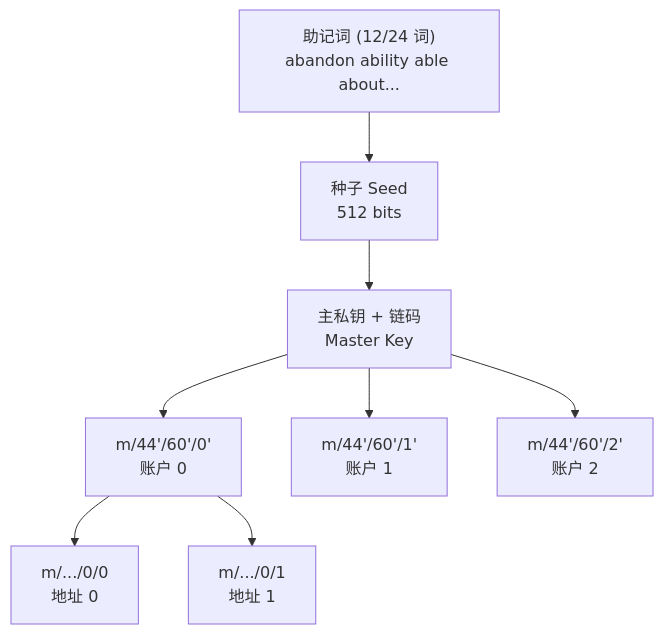
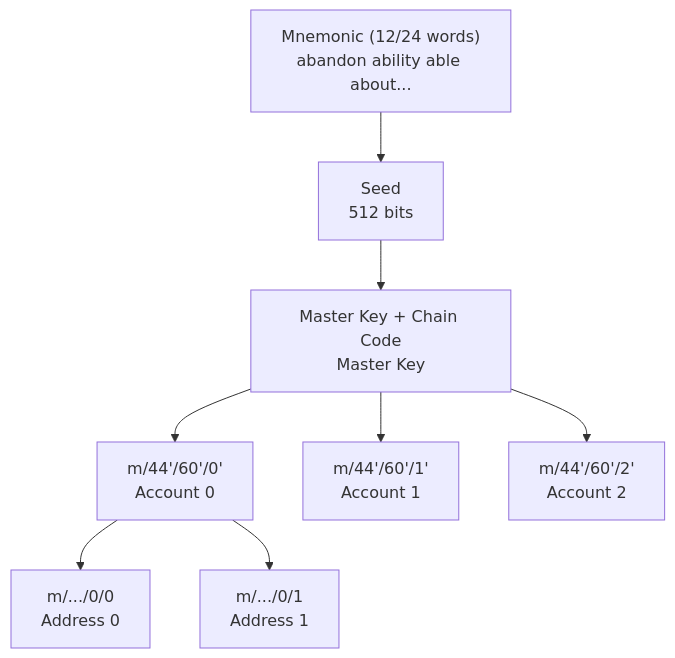
The second of 3 diagrams in docs/cryptography/crypto-applications.md (stars-labs/cryptograph-onboarding-trainning), drawn with Mermaid before and after one commit. The commit also changed other lines of this file and 15 other files, not shown here.

````diff
--- a/docs/cryptography/crypto-applications.md
+++ b/docs/cryptography/crypto-applications.md
@@ -79,10 +79,10 @@
 ```mermaid
 flowchart TD
-    M["助记词 (12/24 词)<br/>abandon ability able about..."] --> S["种子 Seed<br/>512 bits"]
-    S --> MK["主私钥 + 链码<br/>Master Key"]
-    MK --> A0["m/44'/60'/0'<br/>账户 0"]
-    MK --> A1["m/44'/60'/1'<br/>账户 1"]
-    MK --> A2["m/44'/60'/2'<br/>账户 2"]
-    A0 --> ADDR0["m/.../0/0<br/>地址 0"]
-    A0 --> ADDR1["m/.../0/1<br/>地址 1"]
+    M["Mnemonic (12/24 words)<br/>abandon ability able about..."] --> S["Seed<br/>512 bits"]
+    S --> MK["Master Key + Chain Code<br/>Master Key"]
+    MK --> A0["m/44'/60'/0'<br/>Account 0"]
+    MK --> A1["m/44'/60'/1'<br/>Account 1"]
+    MK --> A2["m/44'/60'/2'<br/>Account 2"]
+    A0 --> ADDR0["m/.../0/0<br/>Address 0"]
+    A0 --> ADDR1["m/.../0/1<br/>Address 1"]
 ```
````
